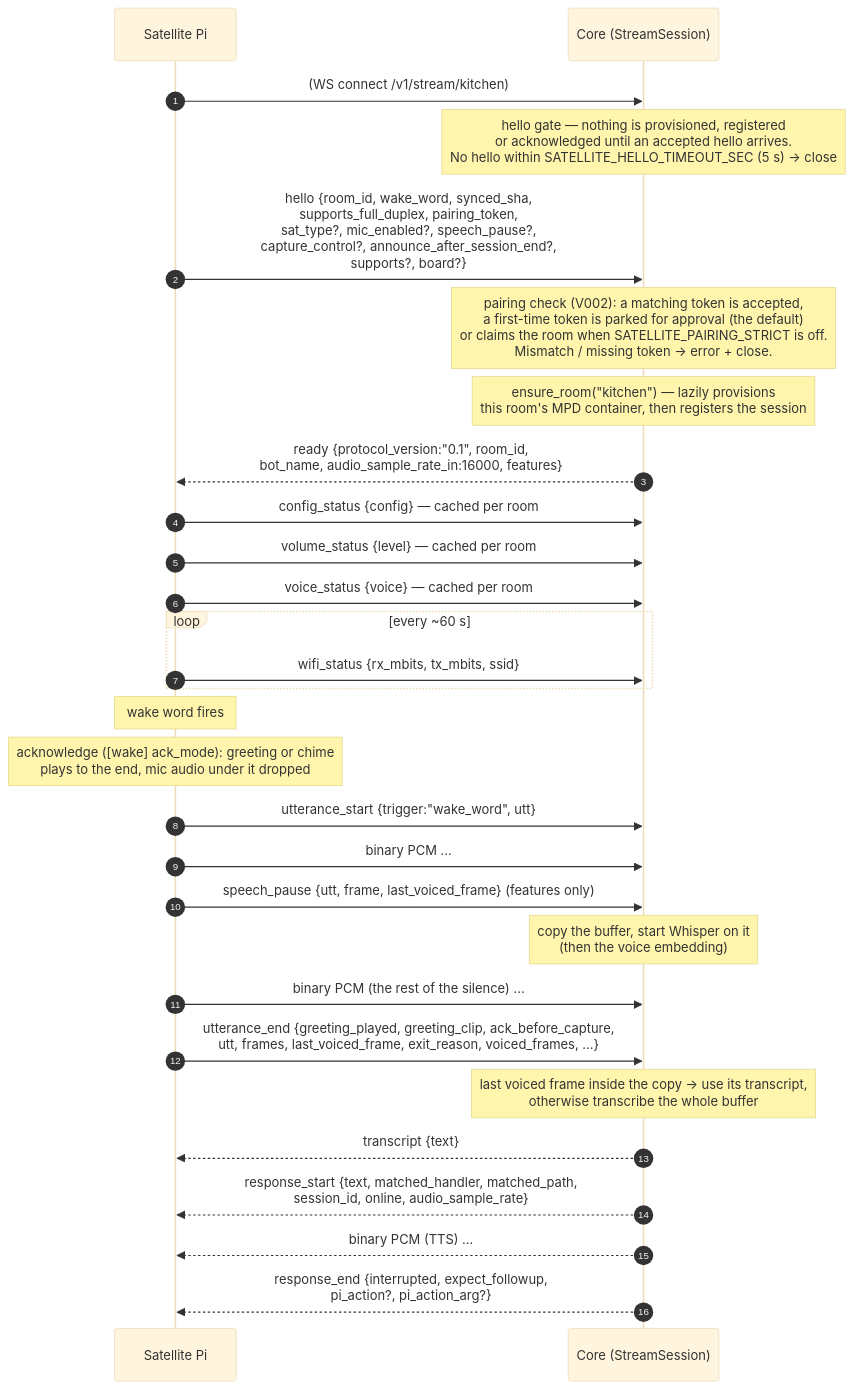
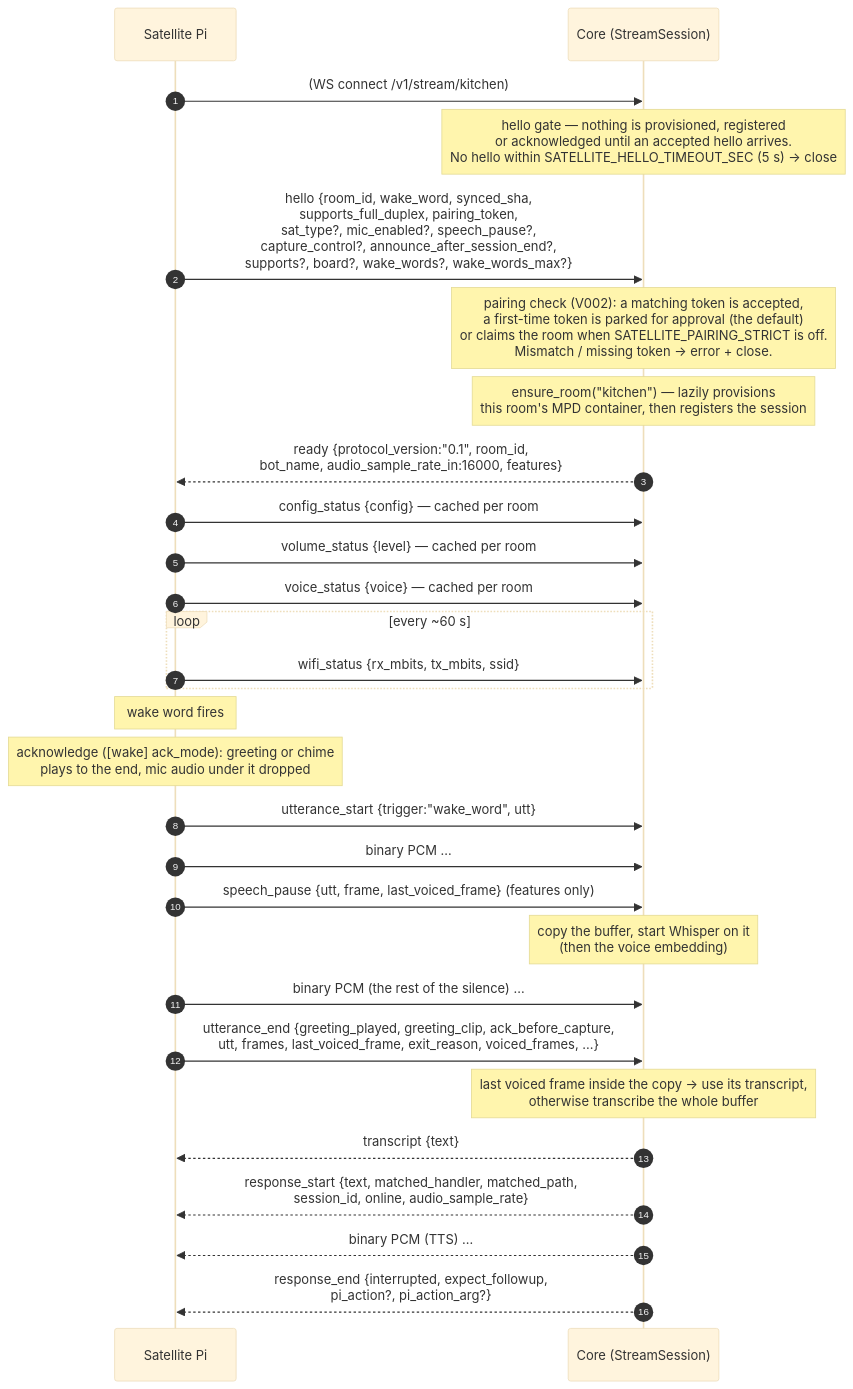
One commit to coders-farm-official/domovoi changed the first of 3 diagrams in docs/uml/satellite-protocol.md. Above: the diagram before and after it, drawn with Mermaid (base theme). The commit also changed other lines of this file and 24 other files, not shown here.

First line of the commit message:
Rooms: up to five wake words per room (1.4.0, V063)

````diff
--- a/docs/uml/satellite-protocol.md
+++ b/docs/uml/satellite-protocol.md
@@ -19,34 +19,34 @@
 ```mermaid
 sequenceDiagram
     autonumber
     participant Pi as Satellite Pi
     participant S as Core (StreamSession)
 
     Pi->>S: (WS connect /v1/stream/kitchen)
     Note over S: hello gate — nothing is provisioned, registered<br/>or acknowledged until an accepted hello arrives.<br/>No hello within SATELLITE_HELLO_TIMEOUT_SEC (5 s) → close
-    Pi->>S: hello {room_id, wake_word, synced_sha,<br/>supports_full_duplex, pairing_token,<br/>sat_type?, mic_enabled?, speech_pause?,<br/>capture_control?, announce_after_session_end?,<br/>supports?, board?}
+    Pi->>S: hello {room_id, wake_word, synced_sha,<br/>supports_full_duplex, pairing_token,<br/>sat_type?, mic_enabled?, speech_pause?,<br/>capture_control?, announce_after_session_end?,<br/>supports?, board?, wake_words?, wake_words_max?}
     Note over S: pairing check (V002): a matching token is accepted,<br/>a first-time token is parked for approval (the default)<br/>or claims the room when SATELLITE_PAIRING_STRICT is off.<br/>Mismatch / missing token → error + close.
     Note over S: ensure_room("kitchen") — lazily provisions<br/>this room's MPD container, then registers the session
     S-->>Pi: ready {protocol_version:"0.1", room_id,<br/>bot_name, audio_sample_rate_in:16000, features}
     Pi->>S: config_status {config}          — cached per room
     Pi->>S: volume_status {level}           — cached per room
     Pi->>S: voice_status {voice}            — cached per room
 
     loop every ~60 s
         Pi->>S: wifi_status {rx_mbits, tx_mbits, ssid}
     end
 
     Note over Pi: wake word fires
     Note over Pi: acknowledge ([wake] ack_mode): greeting or chime<br/>plays to the end, mic audio under it dropped
     Pi->>S: utterance_start {trigger:"wake_word", utt}
     Pi->>S: binary PCM …
     Pi->>S: speech_pause {utt, frame, last_voiced_frame} (features only)
     Note over S: copy the buffer, start Whisper on it<br/>(then the voice embedding)
     Pi->>S: binary PCM (the rest of the silence) …
     Pi->>S: utterance_end {greeting_played, greeting_clip, ack_before_capture,<br/>utt, frames, last_voiced_frame, exit_reason, voiced_frames, ...}
     Note over S: last voiced frame inside the copy → use its transcript,<br/>otherwise transcribe the whole buffer
     S-->>Pi: transcript {text}
     S-->>Pi: response_start {text, matched_handler, matched_path,<br/>session_id, online, audio_sample_rate}
     S-->>Pi: binary PCM (TTS) …
     S-->>Pi: response_end {interrupted, expect_followup,<br/>pi_action?, pi_action_arg?}
 ```
````
